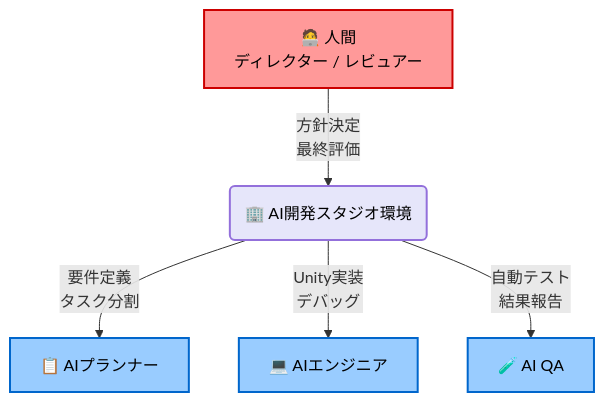
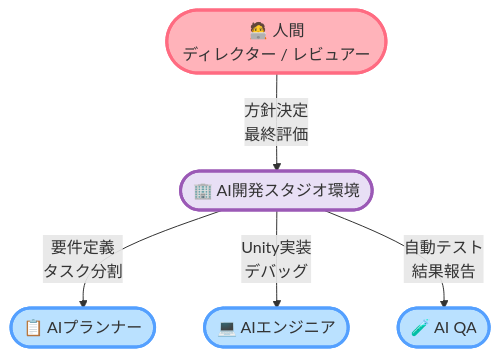
One commit to HarukiMitsui/Clio changed the second of 2 diagrams in articles/utopia-post-mortem.md. Above: the diagram before and after it, drawn with Mermaid. The commit also changed other lines of this file and 1 other file, not shown here.

Commit message:
fix: resolve mermaid syntax error and apply pop style to diagrams

````diff
--- a/articles/utopia-post-mortem.md
+++ b/articles/utopia-post-mortem.md
@@ -54,11 +52,11 @@
 ```mermaid
-graph TD
-    classDef human fill:#ff9999,stroke:#cc0000,stroke-width:2px,color:#000
-    classDef system fill:#e6e6fa,stroke:#9370db,stroke-width:2px,color:#000
-    classDef agent fill:#99ccff,stroke:#0066cc,stroke-width:2px,color:#000
+flowchart TD
+    classDef human fill:#ffb3ba,stroke:#ff6b81,stroke-width:3px,color:#333
+    classDef system fill:#e8dff5,stroke:#9b59b6,stroke-width:3px,color:#333
+    classDef agent fill:#bae1ff,stroke:#54a0ff,stroke-width:3px,color:#333
 
-    H["🧑‍💻 人間<br/>ディレクター / レビュアー"]:::human -->|方針決定<br/>最終評価| S("🏢 AI開発スタジオ環境"):::system
-    S -->|要件定義<br/>タスク分割| A1["📋 AIプランナー"]:::agent
-    S -->|Unity実装<br/>デバッグ| A2["💻 AIエンジニア"]:::agent
-    S -->|自動テスト<br/>結果報告| A3["🧪 AI QA"]:::agent
+    H(["🧑‍💻 人間<br/>ディレクター / レビュアー"]):::human -->|方針決定<br/>最終評価| S(["🏢 AI開発スタジオ環境"]):::system
+    S -->|要件定義<br/>タスク分割| A1(["📋 AIプランナー"]):::agent
+    S -->|Unity実装<br/>デバッグ| A2(["💻 AIエンジニア"]):::agent
+    S -->|自動テスト<br/>結果報告| A3(["🧪 AI QA"]):::agent
 ```
````
